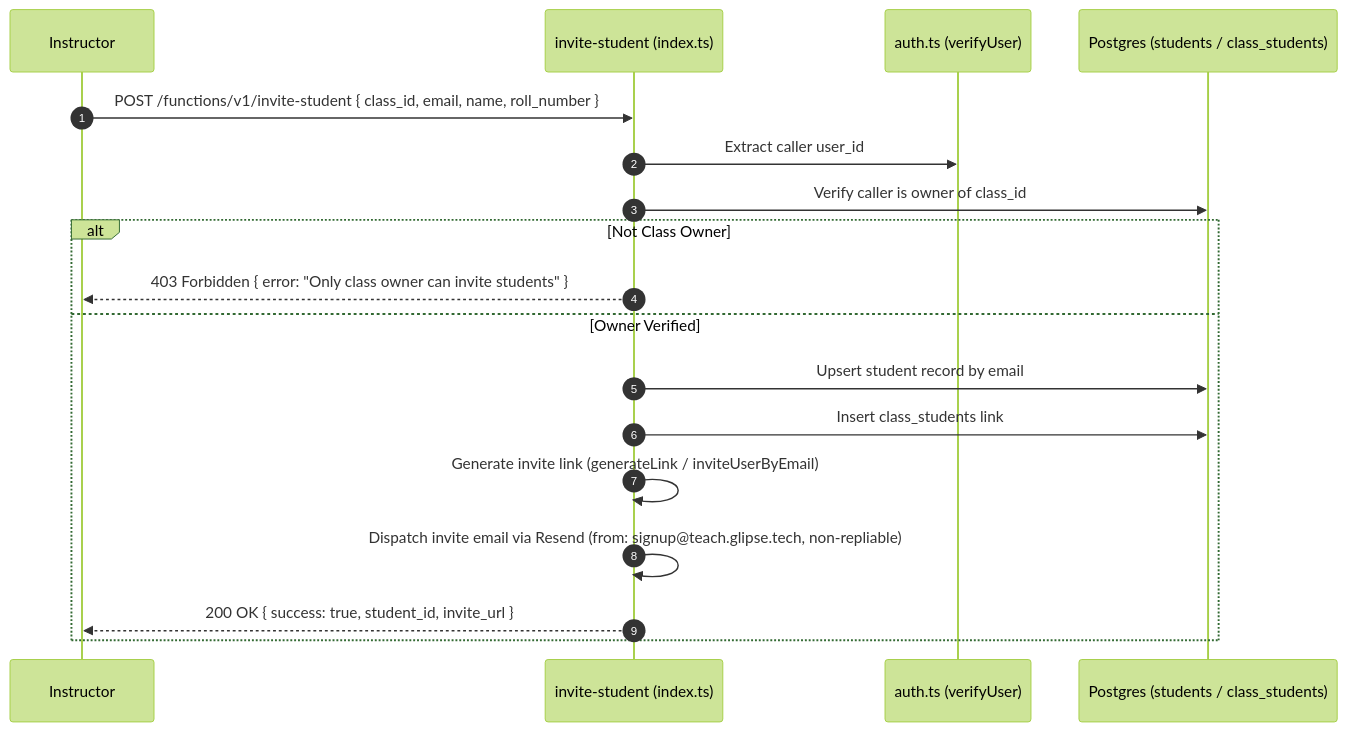
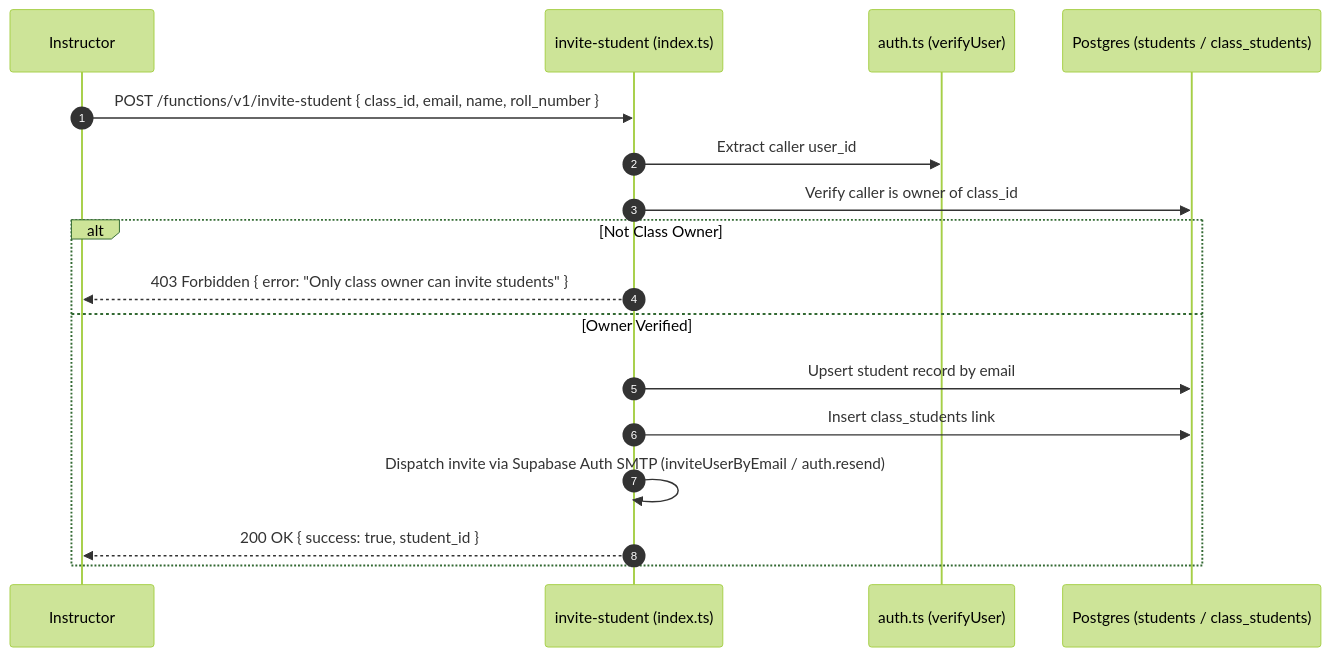
One commit to VictorBravo9er/Teacher-Assistant-Workspace changed the diagram in supabase/functions/invite-student/code.ARCH.md. Above: the diagram before and after it, drawn with Mermaid (forest theme). The commit also changed other lines of this file and 3 other files, not shown here.

Commit message:
feat(edge): switch invite-student to Supabase Auth SMTP and inject instructor metadata

````diff
--- a/supabase/functions/invite-student/code.ARCH.md
+++ b/supabase/functions/invite-student/code.ARCH.md
@@ -9,21 +9,20 @@
 ```mermaid
 sequenceDiagram
     autonumber
     participant Teacher as Instructor
     participant EdgeFunc as invite-student (index.ts)
     participant Auth as auth.ts (verifyUser)
     participant DB as Postgres (students / class_students)
 
     Teacher->>EdgeFunc: POST /functions/v1/invite-student { class_id, email, name, roll_number }
     EdgeFunc->>Auth: Extract caller user_id
     EdgeFunc->>DB: Verify caller is owner of class_id
     alt Not Class Owner
         EdgeFunc-->>Teacher: 403 Forbidden { error: "Only class owner can invite students" }
     else Owner Verified
         EdgeFunc->>DB: Upsert student record by email
         EdgeFunc->>DB: Insert class_students link
-        EdgeFunc->>EdgeFunc: Generate invite link (generateLink / inviteUserByEmail)
-        EdgeFunc->>EdgeFunc: Dispatch invite email via Resend (from: signup@teach.glipse.tech, non-repliable)
-        EdgeFunc-->>Teacher: 200 OK { success: true, student_id, invite_url }
+        EdgeFunc->>EdgeFunc: Dispatch invite via Supabase Auth SMTP (inviteUserByEmail / auth.resend)
+        EdgeFunc-->>Teacher: 200 OK { success: true, student_id }
     end
 ```
````
